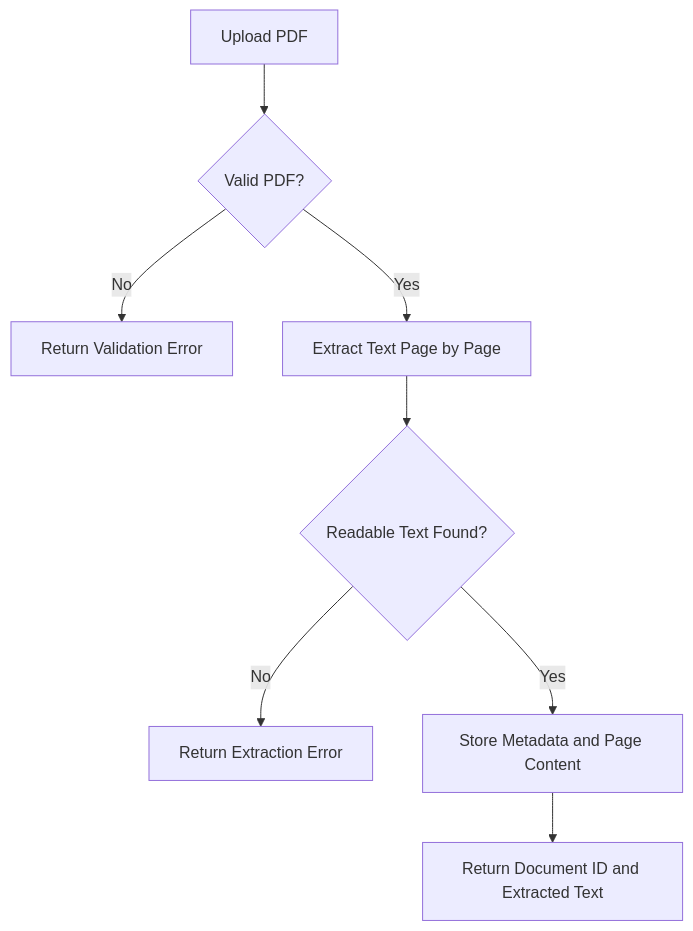
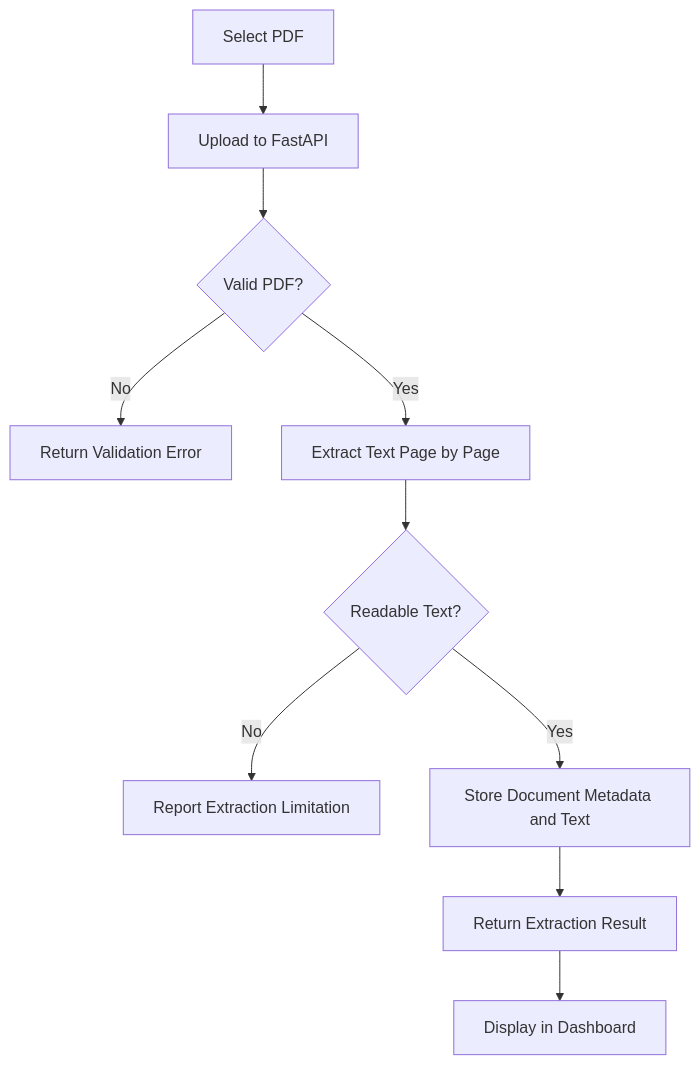
The second of 4 diagrams in README.md (rajshreesinha-23/regulalens-ai), drawn with Mermaid before and after one commit. The commit also changed other lines of this file, not shown here.

````diff
--- a/README.md
+++ b/README.md
@@ -137,10 +152,12 @@
 ```mermaid
 flowchart TD
-    A[Upload PDF] --> B{Valid PDF?}
-    B -- No --> C[Return Validation Error]
-    B -- Yes --> D[Extract Text Page by Page]
-    D --> E{Readable Text Found?}
-    E -- No --> F[Return Extraction Error]
-    E -- Yes --> G[Store Metadata and Page Content]
-    G --> H[Return Document ID and Extracted Text]
+    A[Select PDF] --> B[Upload to FastAPI]
+    B --> C{Valid PDF?}
+    C -- No --> D[Return Validation Error]
+    C -- Yes --> E[Extract Text Page by Page]
+    E --> F{Readable Text?}
+    F -- No --> G[Report Extraction Limitation]
+    F -- Yes --> H[Store Document Metadata and Text]
+    H --> I[Return Extraction Result]
+    I --> J[Display in Dashboard]
 ```
````
